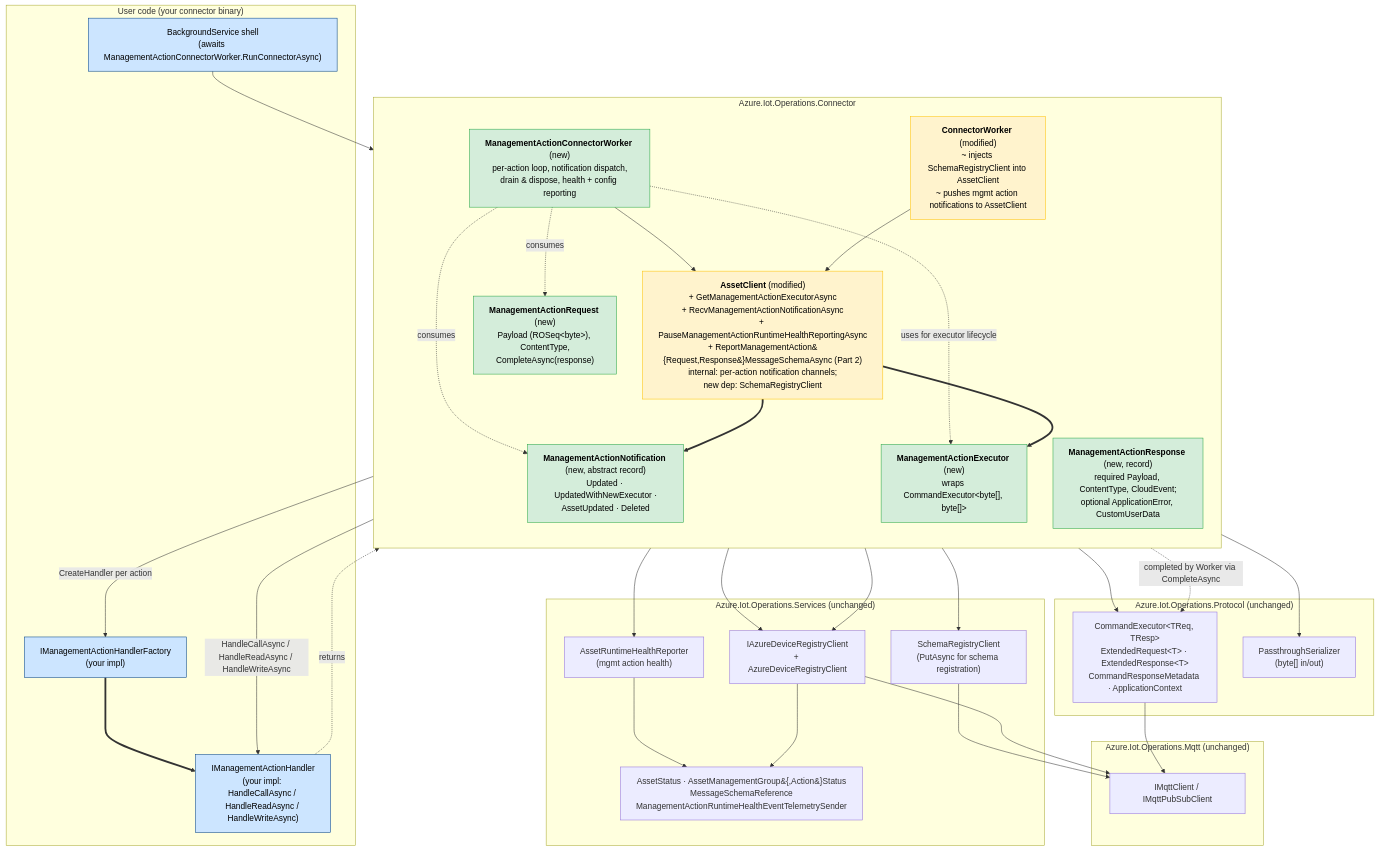
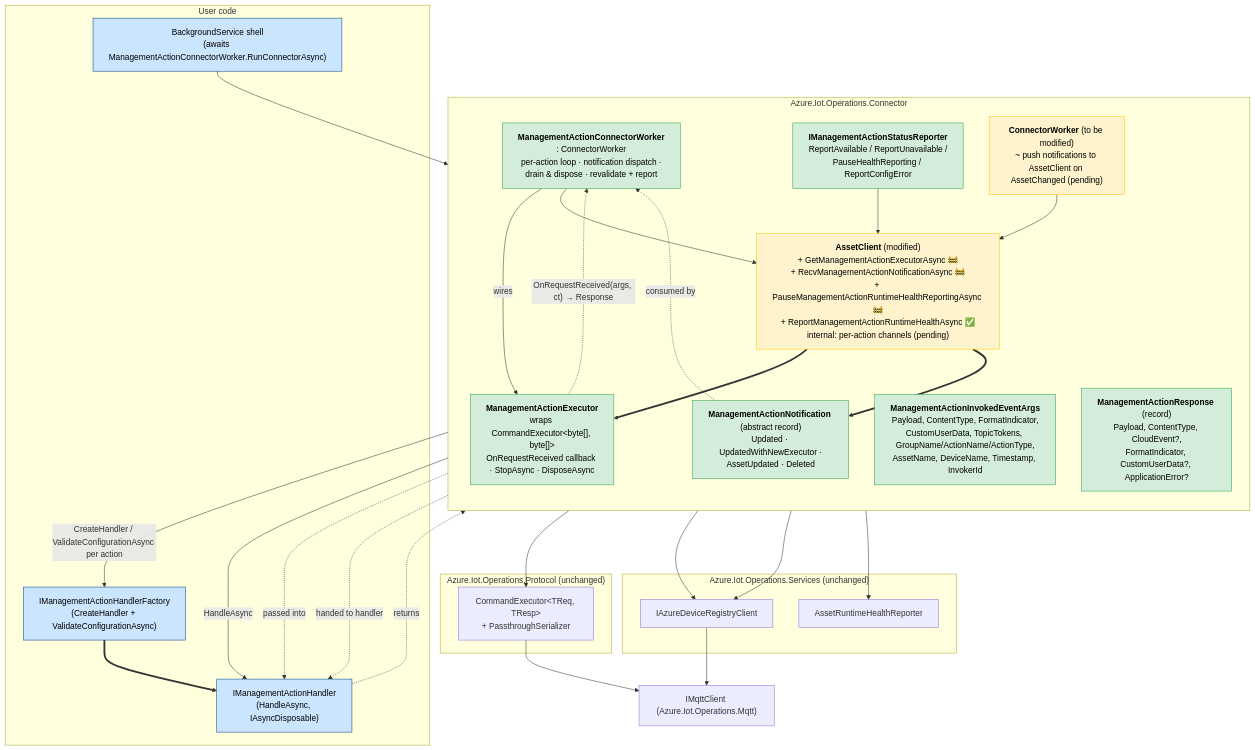
One commit to Azure/iot-operations-sdks changed the first of 3 diagrams in doc/dev/tmp/management-action-implementation-design.md. Above: the diagram before and after it, drawn with Mermaid. The commit also changed other lines of this file, not shown here.

````diff
--- a/doc/dev/tmp/management-action-implementation-design.md
+++ b/doc/dev/tmp/management-action-implementation-design.md
@@ -329,71 +36,62 @@
 ```mermaid
 flowchart TB
-    subgraph User["User code (your connector binary)"]
+    subgraph User["User code"]
         BG["BackgroundService shell<br/>(awaits ManagementActionConnectorWorker.RunConnectorAsync)"]
-        Factory["IManagementActionHandlerFactory<br/>(your impl)"]
-        Handler["IManagementActionHandler<br/>(your impl: HandleCallAsync / HandleReadAsync / HandleWriteAsync)"]
+        Factory["IManagementActionHandlerFactory<br/>(CreateHandler + ValidateConfigurationAsync)"]
+        Handler["IManagementActionHandler<br/>(HandleAsync, IAsyncDisposable)"]
     end
 
     subgraph Connector["Azure.Iot.Operations.Connector"]
         direction TB
-        MACW["<b>ManagementActionConnectorWorker</b> (new)<br/>per-action loop, notification dispatch,<br/>drain &amp; dispose, health + config reporting"]
-        MAE["<b>ManagementActionExecutor</b> (new)<br/>wraps CommandExecutor&lt;byte[], byte[]&gt;"]
-        MAR["<b>ManagementActionRequest</b> (new)<br/>Payload (ROSeq&lt;byte&gt;), ContentType,<br/>CompleteAsync(response)"]
-        MAResp["<b>ManagementActionResponse</b> (new, record)<br/>required Payload, ContentType, CloudEvent;<br/>optional ApplicationError, CustomUserData"]
-        MANot["<b>ManagementActionNotification</b> (new, abstract record)<br/>Updated · UpdatedWithNewExecutor ·<br/>AssetUpdated · Deleted"]
-        AC["<b>AssetClient</b> (modified)<br/>+ GetManagementActionExecutorAsync<br/>+ RecvManagementActionNotificationAsync<br/>+ PauseManagementActionRuntimeHealthReportingAsync<br/>+ ReportManagementAction&#123;Request,Response&#125;MessageSchemaAsync (Part 2)<br/>internal: per-action notification channels;<br/>new dep: SchemaRegistryClient"]
-        CW["<b>ConnectorWorker</b> (modified)<br/>~ injects SchemaRegistryClient into AssetClient<br/>~ pushes mgmt action notifications to AssetClient"]
+        MACW["<b>ManagementActionConnectorWorker</b><br/>: ConnectorWorker<br/>per-action loop · notification dispatch ·<br/>drain &amp; dispose · revalidate + report"]
+        MAE["<b>ManagementActionExecutor</b><br/>wraps CommandExecutor&lt;byte[], byte[]&gt;<br/>OnRequestReceived callback · StopAsync · DisposeAsync"]
+        Args["<b>ManagementActionInvokedEventArgs</b><br/>Payload, ContentType, FormatIndicator,<br/>CustomUserData, TopicTokens, GroupName/ActionName/ActionType,<br/>AssetName, DeviceName, Timestamp, InvokerId"]
+        Resp["<b>ManagementActionResponse</b> (record)<br/>Payload, ContentType, CloudEvent?,<br/>FormatIndicator, CustomUserData?, ApplicationError?"]
+        Notif["<b>ManagementActionNotification</b> (abstract record)<br/>Updated · UpdatedWithNewExecutor ·<br/>AssetUpdated · Deleted"]
+        Rep["<b>IManagementActionStatusReporter</b><br/>ReportAvailable / ReportUnavailable /<br/>PauseHealthReporting / ReportConfigError"]
+        AC["<b>AssetClient</b> (modified)<br/>+ GetManagementActionExecutorAsync 🚧<br/>+ RecvManagementActionNotificationAsync 🚧<br/>+ PauseManagementActionRuntimeHealthReportingAsync 🚧<br/>+ ReportManagementActionRuntimeHealthAsync ✅<br/>internal: per-action channels (pending)"]
+        CW["<b>ConnectorWorker</b> (to be modified)<br/>~ push notifications to AssetClient on AssetChanged (pending)"]
     end
 
     subgraph Services["Azure.Iot.Operations.Services (unchanged)"]
-        ADR["IAzureDeviceRegistryClient<br/>+ AzureDeviceRegistryClient"]
-        SR["SchemaRegistryClient<br/>(PutAsync for schema registration)"]
-        HR["AssetRuntimeHealthReporter<br/>(mgmt action health)"]
-        Models["AssetStatus · AssetManagementGroup&#123;,Action&#125;Status<br/>MessageSchemaReference<br/>ManagementActionRuntimeHealthEventTelemetrySender"]
+        ADR["IAzureDeviceRegistryClient"]
+        HR["AssetRuntimeHealthReporter"]
     end
 
     subgraph Protocol["Azure.Iot.Operations.Protocol (unchanged)"]
-        CE["CommandExecutor&lt;TReq, TResp&gt;<br/>ExtendedRequest&lt;T&gt; · ExtendedResponse&lt;T&gt;<br/>CommandResponseMetadata · ApplicationContext"]
-        Pass["PassthroughSerializer<br/>(byte[] in/out)"]
+        CE["CommandExecutor&lt;TReq, TResp&gt;<br/>+ PassthroughSerializer"]
     end
 
-    subgraph Mqtt["Azure.Iot.Operations.Mqtt (unchanged)"]
-        MqttClient["IMqttClient / IMqttPubSubClient"]
-    end
+    Mqtt["IMqttClient (Azure.Iot.Operations.Mqtt)"]
 
     BG --> MACW
-    MACW -->|CreateHandler per action| Factory
+    MACW -->|"CreateHandler / ValidateConfigurationAsync per action"| Factory
     Factory ==> Handler
-    MACW -->|HandleCallAsync / HandleReadAsync / HandleWriteAsync| Handler
+    MACW -->|HandleAsync| Handler
+    MACW -->|wires| MAE
+    MAE -.->|"OnRequestReceived(args, ct) → Response"| MACW
+    Handler -. returns .-> Resp
+    Args -. passed into .-> Handler
+    Notif -. consumed by .-> MACW
+    Rep -.->|"handed to handler"| Handler
+    Rep --> AC
 
     MACW --> AC
-    MACW -. consumes .-> MAR
-    MACW -. consumes .-> MANot
-    MACW -. uses for executor lifecycle .-> MAE
-    Handler -. returns .-> MAResp
-
     AC ==> MAE
-    AC ==> MANot
+    AC ==> Notif
     MAE --> CE
-    MAE --> Pass
-    MAR -. completed by Worker via CompleteAsync .-> CE
 
     CW --> AC
     CW --> ADR
     AC --> ADR
     AC --> HR
-    AC --> SR
-    HR --> Models
-    ADR --> Models
-
-    CE --> MqttClient
-    SR --> MqttClient
-    ADR --> MqttClient
+    CE --> Mqtt
+    ADR --> Mqtt
 
     classDef new fill:#d4edda,stroke:#28a745,color:#000
     classDef mod fill:#fff3cd,stroke:#ffc107,color:#000
     classDef user fill:#cce5ff,stroke:#004085,color:#000
-    class MACW,MAE,MAR,MAResp,MANot new
+    class MACW,MAE,Args,Resp,Notif,Rep new
     class AC,CW mod
     class BG,Factory,Handler user
 ```
````
